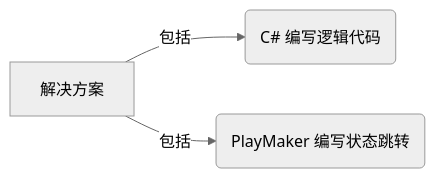
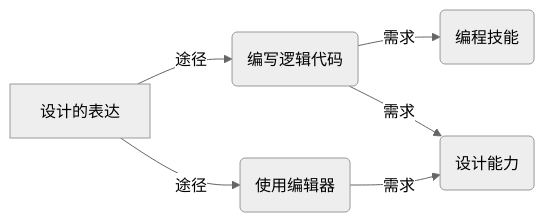
The first of 5 diagrams in _posts/游戏开发/2021-08-18-LevelDesignEditor.md (jskyzero/design.jskyzero.com), drawn with Mermaid (neutral theme) before and after one commit. The commit also changed other lines of this file and 4 other files, not shown here.

```diff
--- a/_posts/游戏开发/2021-08-18-LevelDesignEditor.md
+++ b/_posts/游戏开发/2021-08-18-LevelDesignEditor.md
@@ -43,5 +33,8 @@
 {% mermaid %}
 graph LR;
-    A[解决方案] -->|包括| B(C# 编写逻辑代码);
-    A[解决方案] -->|包括| B1(PlayMaker 编写状态跳转);
+    A[设计的表达] -->|途径| B(编写逻辑代码);
+    B -->|需求| B1(编程技能);
+    B -->|需求| C1(设计能力);
+    A -->|途径| C(使用编辑器);
+    C -->|需求| C1;
 {% endmermaid %}
```
